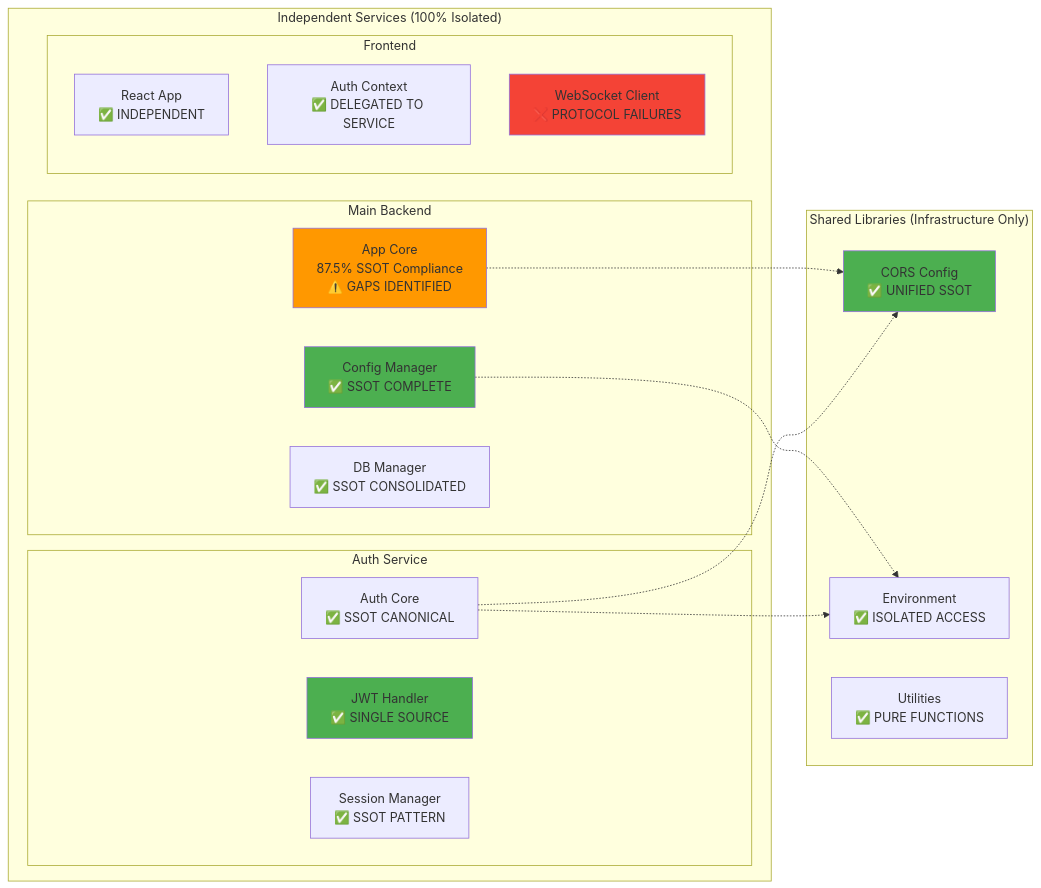
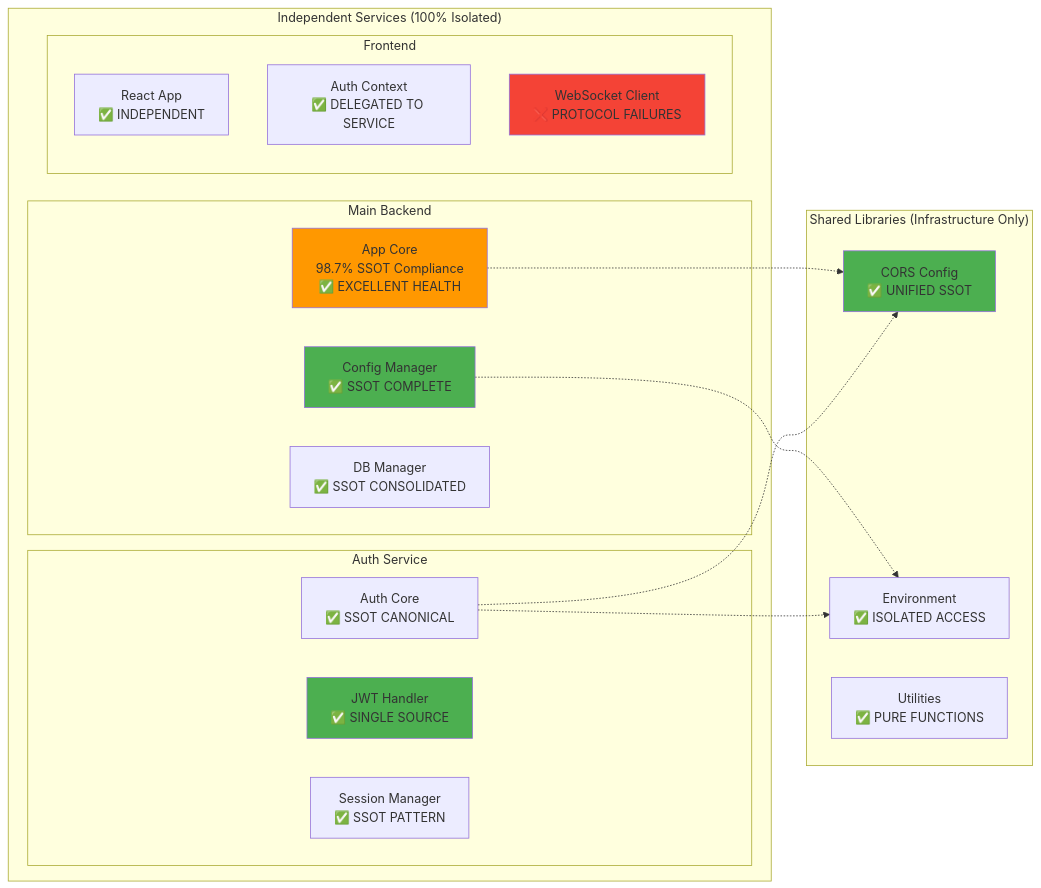
The fourth of 33 diagrams in docs/architecture_diagrams.md (netra-systems/zen), drawn with Mermaid before and after one commit. The commit also changed other lines of this file, not shown here.

First line of the commit message:
docs: update architecture diagrams with resolved issues and current system status

````diff
--- a/docs/architecture_diagrams.md
+++ b/docs/architecture_diagrams.md
@@ -175,39 +176,39 @@
 ```mermaid
 graph LR
     subgraph "Independent Services (100% Isolated)"
         subgraph "Main Backend"
-            MAIN_APP[App Core<br/>87.5% SSOT Compliance<br/>⚠️ GAPS IDENTIFIED]
+            MAIN_APP[App Core<br/>98.7% SSOT Compliance<br/>✅ EXCELLENT HEALTH]
             MAIN_CONFIG[Config Manager<br/>✅ SSOT COMPLETE]
             MAIN_DB[DB Manager<br/>✅ SSOT CONSOLIDATED]
         end
         
         subgraph "Auth Service"
             AUTH_CORE[Auth Core<br/>✅ SSOT CANONICAL]
             AUTH_JWT[JWT Handler<br/>✅ SINGLE SOURCE]
             AUTH_SESSION[Session Manager<br/>✅ SSOT PATTERN]
         end
         
         subgraph "Frontend"
             REACT_APP[React App<br/>✅ INDEPENDENT]
             AUTH_CONTEXT[Auth Context<br/>✅ DELEGATED TO SERVICE]
             WS_CLIENT[WebSocket Client<br/>❌ PROTOCOL FAILURES]
         end
     end
     
     subgraph "Shared Libraries (Infrastructure Only)"
         SHARED_CORS[CORS Config<br/>✅ UNIFIED SSOT]
         SHARED_ENV[Environment<br/>✅ ISOLATED ACCESS]
         SHARED_UTILS[Utilities<br/>✅ PURE FUNCTIONS]
     end
     
     MAIN_APP -.-> SHARED_CORS
     AUTH_CORE -.-> SHARED_CORS
     MAIN_CONFIG -.-> SHARED_ENV
     AUTH_CORE -.-> SHARED_ENV
     
     style MAIN_CONFIG fill:#4CAF50
     style AUTH_JWT fill:#4CAF50
     style SHARED_CORS fill:#4CAF50
     style MAIN_APP fill:#FF9800
     style WS_CLIENT fill:#F44336
 ```
````
